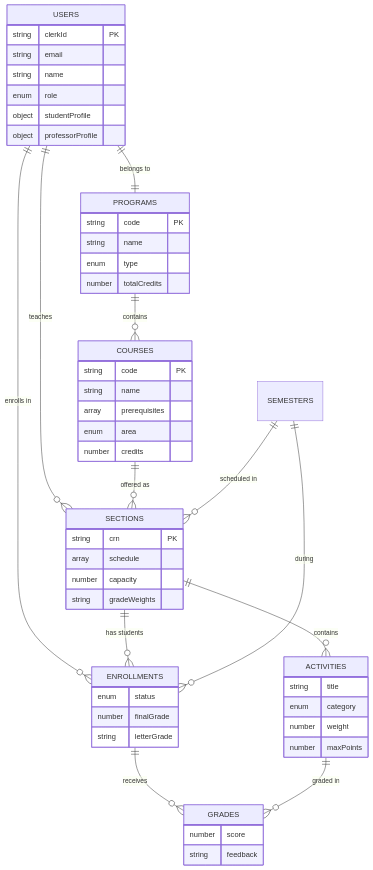
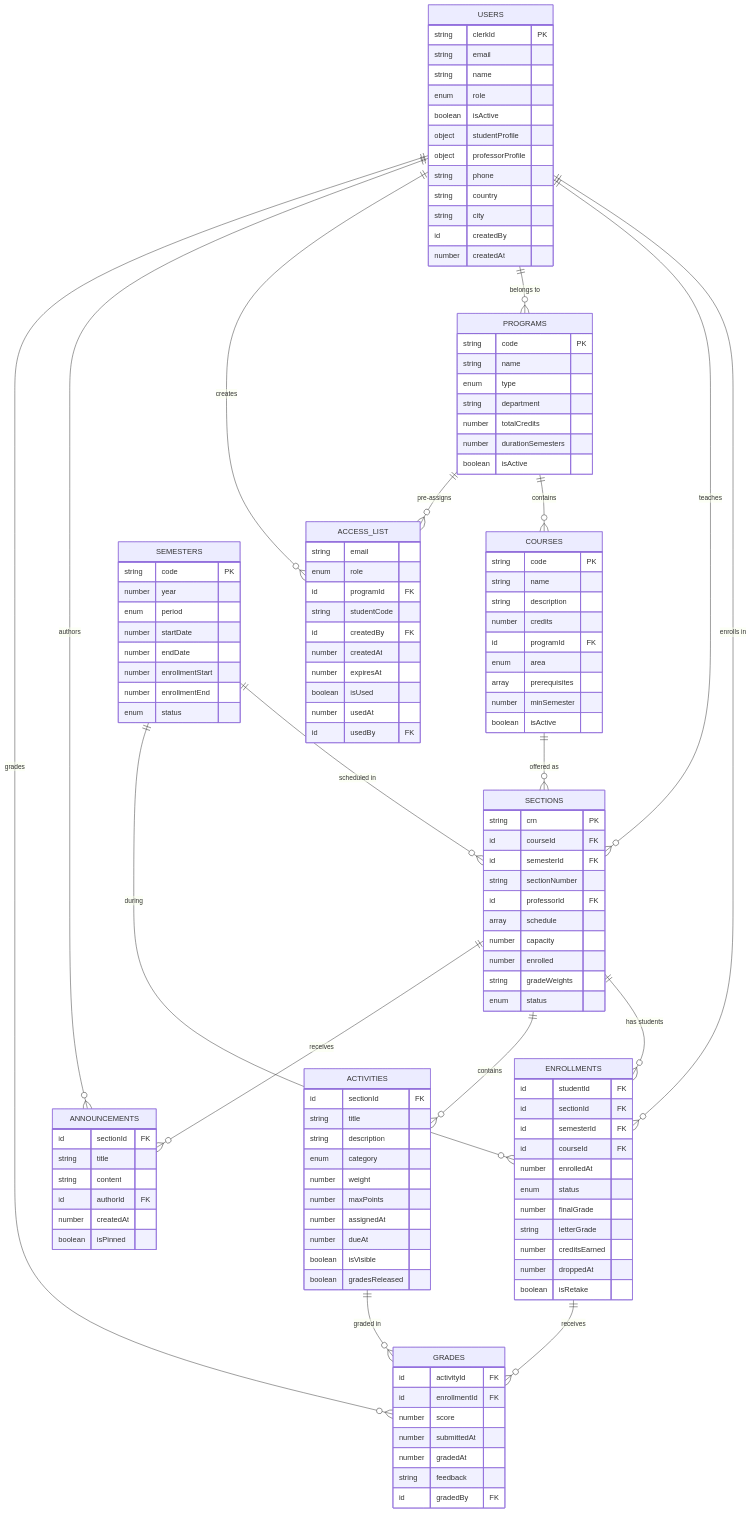
The second of 2 diagrams in convex/README.md (cpmappstudio/dismissal-app), drawn with Mermaid before and after one commit.

Commit message:
better Database Schema mermaid diagram

````diff
--- a/convex/README.md
+++ b/convex/README.md
@@ -82,62 +82,144 @@
 erDiagram
     USERS ||--o{ ENROLLMENTS : "enrolls in"
     USERS ||--o{ SECTIONS : "teaches"
-    USERS ||--|| PROGRAMS : "belongs to"
+    USERS ||--o{ PROGRAMS : "belongs to"
+    USERS ||--o{ ACCESS_LIST : "creates"
+    USERS ||--o{ ANNOUNCEMENTS : "authors"
+    USERS ||--o{ GRADES : "grades"
+    
     PROGRAMS ||--o{ COURSES : "contains"
+    PROGRAMS ||--o{ ACCESS_LIST : "pre-assigns"
+    
     COURSES ||--o{ SECTIONS : "offered as"
+    
     SECTIONS ||--o{ ENROLLMENTS : "has students"
     SECTIONS ||--o{ ACTIVITIES : "contains"
-    ENROLLMENTS ||--o{ GRADES : "receives"
-    ACTIVITIES ||--o{ GRADES : "graded in"
+    SECTIONS ||--o{ ANNOUNCEMENTS : "receives"
+    
     SEMESTERS ||--o{ SECTIONS : "scheduled in"
     SEMESTERS ||--o{ ENROLLMENTS : "during"
+    
+    ENROLLMENTS ||--o{ GRADES : "receives"
+    
+    ACTIVITIES ||--o{ GRADES : "graded in"
 
     USERS {
         string clerkId PK
         string email
         string name
         enum role
+        boolean isActive
         object studentProfile
         object professorProfile
+        string phone
+        string country
+        string city
+        id createdBy
+        number createdAt
     }
     
     PROGRAMS {
         string code PK
         string name
         enum type
+        string department
         number totalCredits
+        number durationSemesters
+        boolean isActive
+    }
+    
+    SEMESTERS {
+        string code PK
+        number year
+        enum period
+        number startDate
+        number endDate
+        number enrollmentStart
+        number enrollmentEnd
+        enum status
     }
     
     COURSES {
         string code PK
         string name
+        string description
+        number credits
+        id programId FK
+        enum area
         array prerequisites
-        enum area
-        number credits
+        number minSemester
+        boolean isActive
     }
     
     SECTIONS {
         string crn PK
+        id courseId FK
+        id semesterId FK
+        string sectionNumber
+        id professorId FK
         array schedule
         number capacity
+        number enrolled
         string gradeWeights
+        enum status
     }
     
     ENROLLMENTS {
+        id studentId FK
+        id sectionId FK
+        id semesterId FK
+        id courseId FK
+        number enrolledAt
         enum status
         number finalGrade
         string letterGrade
+        number creditsEarned
+        number droppedAt
+        boolean isRetake
     }
     
     ACTIVITIES {
+        id sectionId FK
         string title
+        string description
         enum category
         number weight
         number maxPoints
+        number assignedAt
+        number dueAt
+        boolean isVisible
+        boolean gradesReleased
     }
     
     GRADES {
+        id activityId FK
+        id enrollmentId FK
         number score
+        number submittedAt
+        number gradedAt
         string feedback
+        id gradedBy FK
+    }
+    
+    ACCESS_LIST {
+        string email
+        enum role
+        id programId FK
+        string studentCode
+        id createdBy FK
+        number createdAt
+        number expiresAt
+        boolean isUsed
+        number usedAt
+        id usedBy FK
+    }
+    
+    ANNOUNCEMENTS {
+        id sectionId FK
+        string title
+        string content
+        id authorId FK
+        number createdAt
+        boolean isPinned
     }
 ```
````
